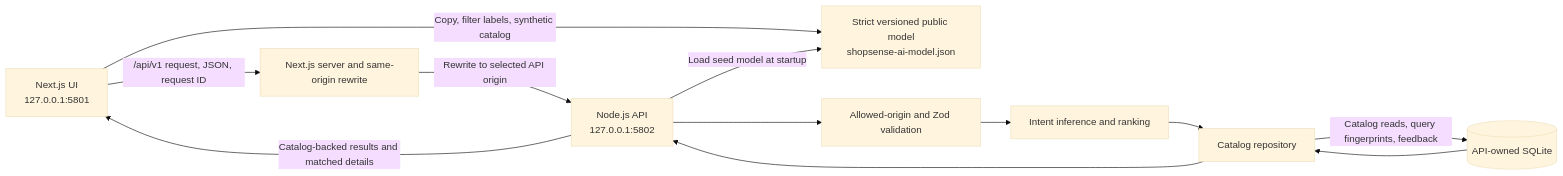
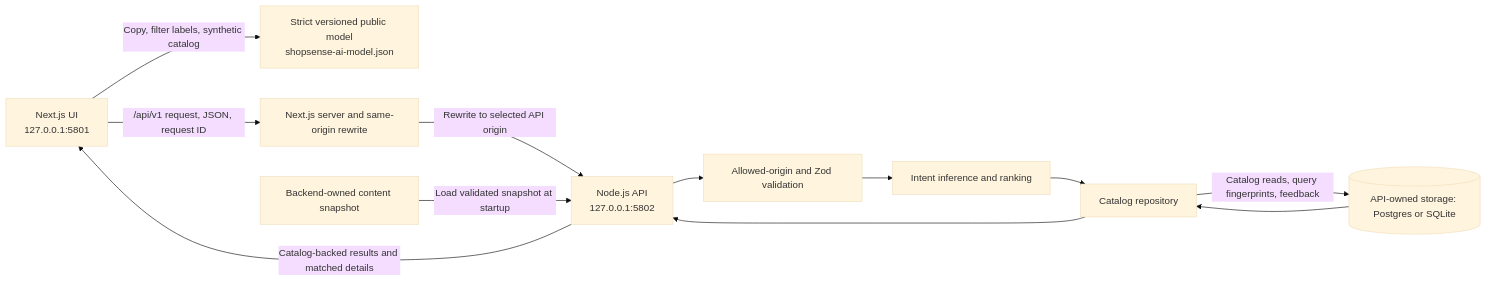
One commit to gopichand-retail-apps/shopsense-backend changed the third of 16 diagrams in docs/architecture.md. Above: the diagram before and after it, drawn with Mermaid (base theme). The commit also changed other lines of this file and 58 other files, not shown here.

````diff
--- a/docs/architecture.md
+++ b/docs/architecture.md
@@ -66,20 +66,21 @@
 ```mermaid
 flowchart LR
     Browser[Next.js UI<br/>127.0.0.1:5801]
     Model[Strict versioned public model<br/>shopsense-ai-model.json]
     Web[Next.js server and same-origin rewrite]
     API[Node.js API<br/>127.0.0.1:5802]
     Validation[Allowed-origin and Zod validation]
     Ranking[Intent inference and ranking]
     Repository[Catalog repository]
-    SQLite[(API-owned SQLite)]
+    SQLite[(API-owned storage: Postgres or SQLite)]
+    BackendModel[Backend-owned content snapshot]
 
     Browser -->|Copy, filter labels, synthetic catalog| Model
     Browser -->|/api/v1 request, JSON, request ID| Web
     Web -->|Rewrite to selected API origin| API
-    API -->|Load seed model at startup| Model
+    BackendModel -->|Load validated snapshot at startup| API
     API --> Validation --> Ranking --> Repository
     Repository -->|Catalog reads, query fingerprints, feedback| SQLite
     SQLite --> Repository --> API
     API -->|Catalog-backed results and matched details| Browser
 ```
````
